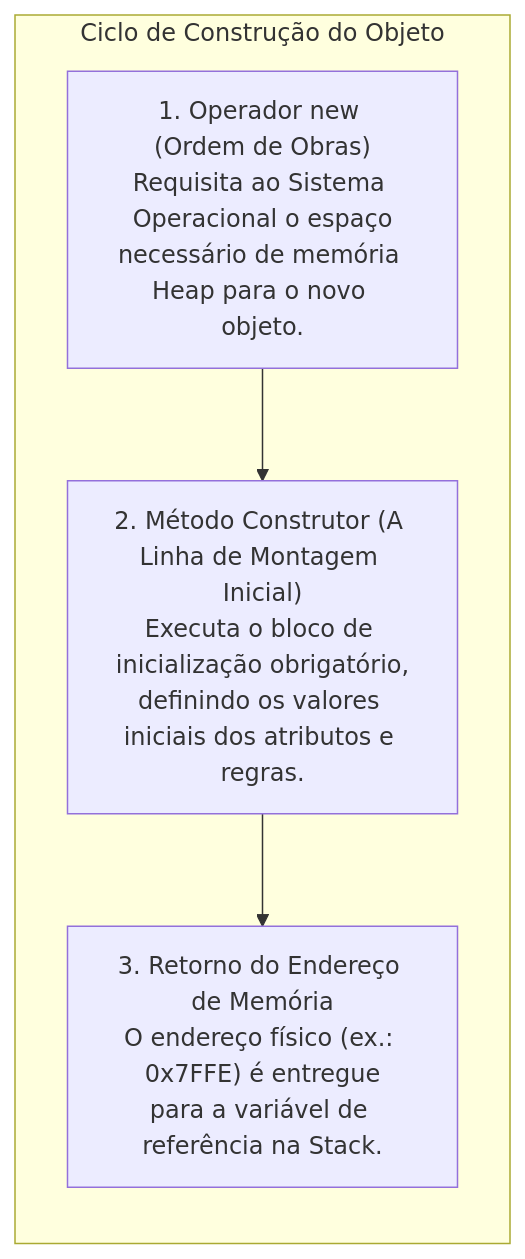
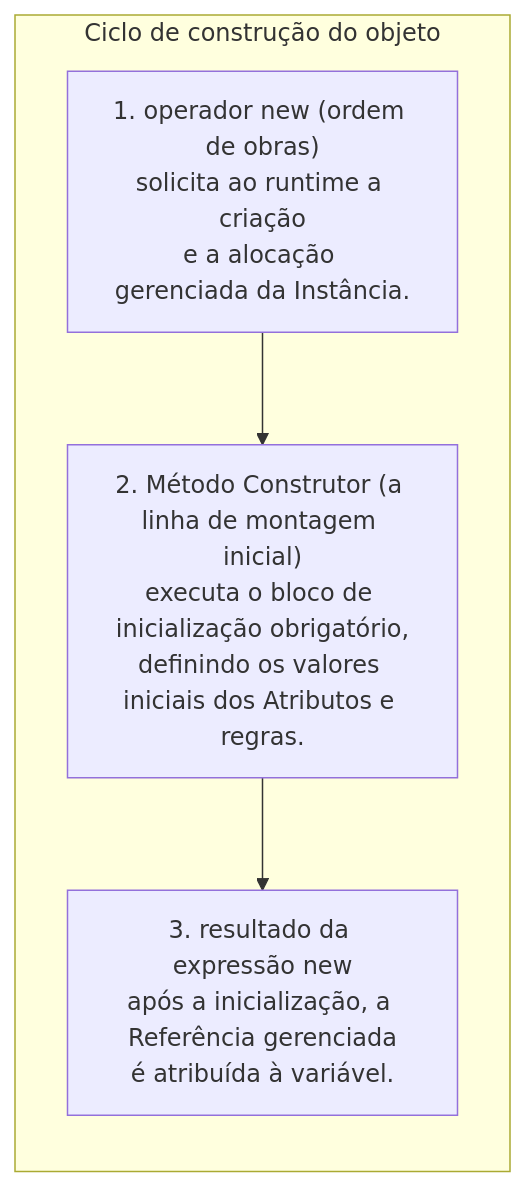
One commit to leorruas/puc changed the fifth of 7 diagrams in 01. Programacao Modular/07. Atributos e métodos (classes, objetos e definição de membros).md. Above: the diagram before and after it, drawn with Mermaid. The commit also changed other lines of this file and 10 other files, not shown here.

````diff
--- a/01. Programacao Modular/07. Atributos e métodos (classes, objetos e definição de membros).md
+++ b/01. Programacao Modular/07. Atributos e métodos (classes, objetos e definição de membros).md
@@ -254,12 +337,12 @@
 ```mermaid
 flowchart TD
-    subgraph Instanciacao ["Ciclo de Construção do Objeto"]
+    subgraph Instanciacao ["Ciclo de construção do objeto"]
         direction TB
-        E1["1. Operador new (Ordem de Obras)<br>Requisita ao Sistema Operacional o espaço<br>necessário de memória Heap para o novo objeto."]
-        E2["2. Método Construtor (A Linha de Montagem Inicial)<br>Executa o bloco de inicialização obrigatório,<br>definindo os valores iniciais dos atributos e regras."]
-        E3["3. Retorno do Endereço de Memória<br>O endereço físico (ex.: 0x7FFE) é entregue<br>para a variável de referência na Stack."]
+        E1["1. operador new (ordem de obras)<br>solicita ao runtime a criação<br>e a alocação gerenciada da Instância."]
+        E2["2. Método Construtor (a linha de montagem inicial)<br>executa o bloco de inicialização obrigatório,<br>definindo os valores iniciais dos Atributos e regras."]
+        E3["3. resultado da expressão new<br>após a inicialização, a Referência gerenciada<br>é atribuída à variável."]
 
         E1 --> E2
         E2 --> E3
     end
 ```
````
